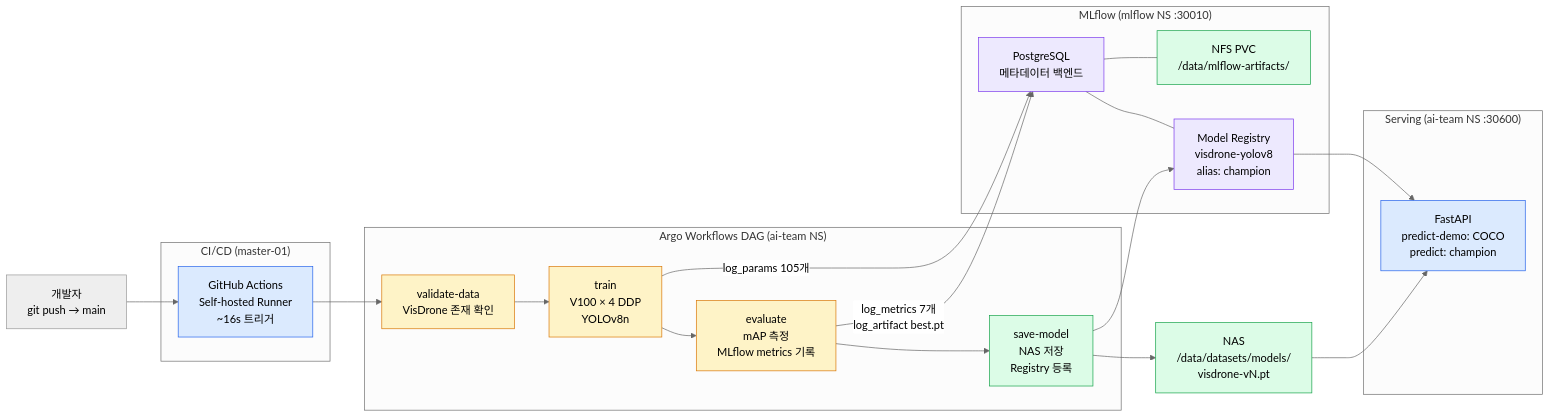
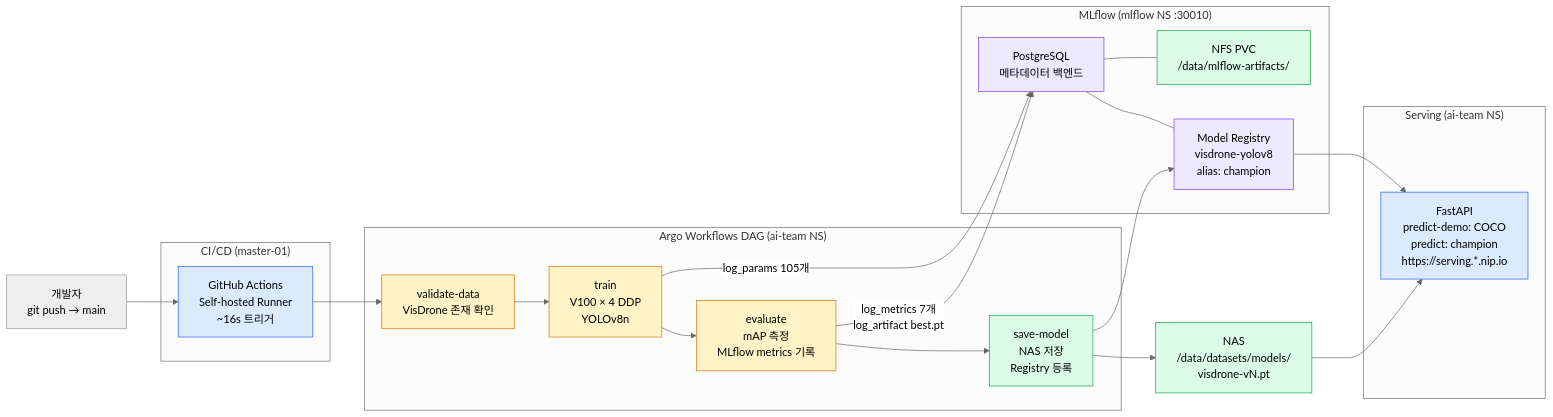
Before and after one commit to 52K-0812/28gpu-cluster-rebuild: the third of 5 diagrams in docs/overview/cluster-diagram.md, drawn with Mermaid (neutral theme). The commit also changed other lines of this file and 10 other files, not shown here.

````diff
--- a/docs/overview/cluster-diagram.md
+++ b/docs/overview/cluster-diagram.md
@@ -69,49 +119,49 @@
 ```mermaid
 graph LR
     DEV["개발자<br/>git push → main"]
 
     subgraph CICD["CI/CD (master-01)"]
         GHA["GitHub Actions<br/>Self-hosted Runner<br/>~16s 트리거"]
     end
 
     subgraph ARGO["Argo Workflows DAG (ai-team NS)"]
         VAL["validate-data<br/>VisDrone 존재 확인"]
         TRAIN["train<br/>V100 × 4 DDP<br/>YOLOv8n"]
         EVAL["evaluate<br/>mAP 측정<br/>MLflow metrics 기록"]
         SAVE["save-model<br/>NAS 저장<br/>Registry 등록"]
         VAL --> TRAIN --> EVAL --> SAVE
     end
 
     subgraph MLFLOW["MLflow (mlflow NS :30010)"]
         PG["PostgreSQL<br/>메타데이터 백엔드"]
         ART["NFS PVC<br/>/data/mlflow-artifacts/"]
         REG["Model Registry<br/>visdrone-yolov8<br/>alias: champion"]
         PG --- ART
         PG --- REG
     end
 
     NAS["NAS<br/>/data/datasets/models/<br/>visdrone-vN.pt"]
 
-    subgraph SERVE["Serving (ai-team NS :30600)"]
-        API["FastAPI<br/>predict-demo: COCO<br/>predict: champion"]
+    subgraph SERVE["Serving (ai-team NS)"]
+        API["FastAPI<br/>predict-demo: COCO<br/>predict: champion<br/>https://serving.*.nip.io"]
     end
 
     DEV --> GHA --> VAL
     TRAIN -->|"log_params 105개"| PG
     EVAL -->|"log_metrics 7개<br/>log_artifact best.pt"| PG
     SAVE --> NAS
     SAVE --> REG
     REG --> API
     NAS --> API
 
     style GHA fill:#dbeafe,stroke:#2563eb
     style VAL fill:#fef3c7,stroke:#d97706
     style TRAIN fill:#fef3c7,stroke:#d97706
     style EVAL fill:#fef3c7,stroke:#d97706
     style SAVE fill:#dcfce7,stroke:#16a34a
     style PG fill:#ede9fe,stroke:#7c3aed
     style ART fill:#dcfce7,stroke:#16a34a
     style REG fill:#ede9fe,stroke:#7c3aed
     style NAS fill:#dcfce7,stroke:#16a34a
     style API fill:#dbeafe,stroke:#2563eb
 ```
````
